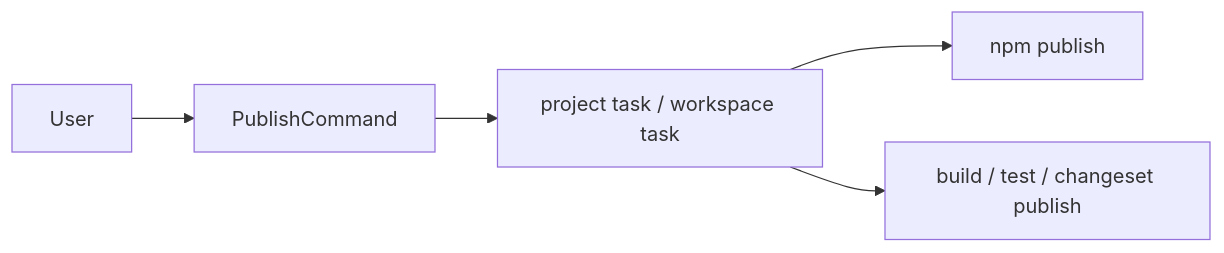
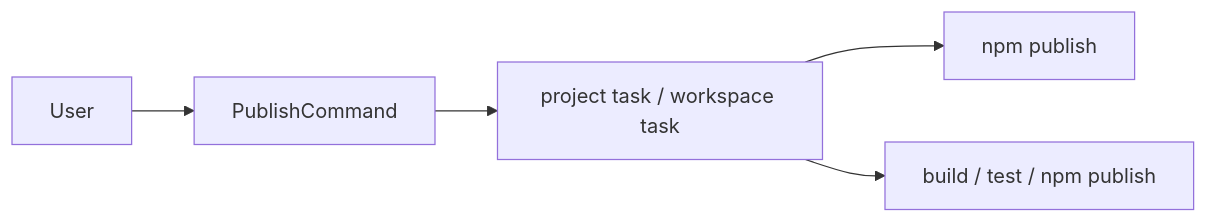
One commit to dysonjs/cli changed the diagram in packages/cmd-publish/README.md. Above: the diagram before and after it, drawn with Mermaid. The commit also changed other lines of this file and 55 other files, not shown here.

Commit message:
feat: hide changesets behind dy-cli release flow

````diff
--- a/packages/cmd-publish/README.md
+++ b/packages/cmd-publish/README.md
@@ -5,7 +5,7 @@
 ```mermaid
 flowchart LR
   user["User"] --> command["PublishCommand"]
   command --> tasks["project task / workspace task"]
   tasks --> project["npm publish"]
-  tasks --> workspace["build / test / changeset publish"]
+  tasks --> workspace["build / test / npm publish"]
 ```
````
